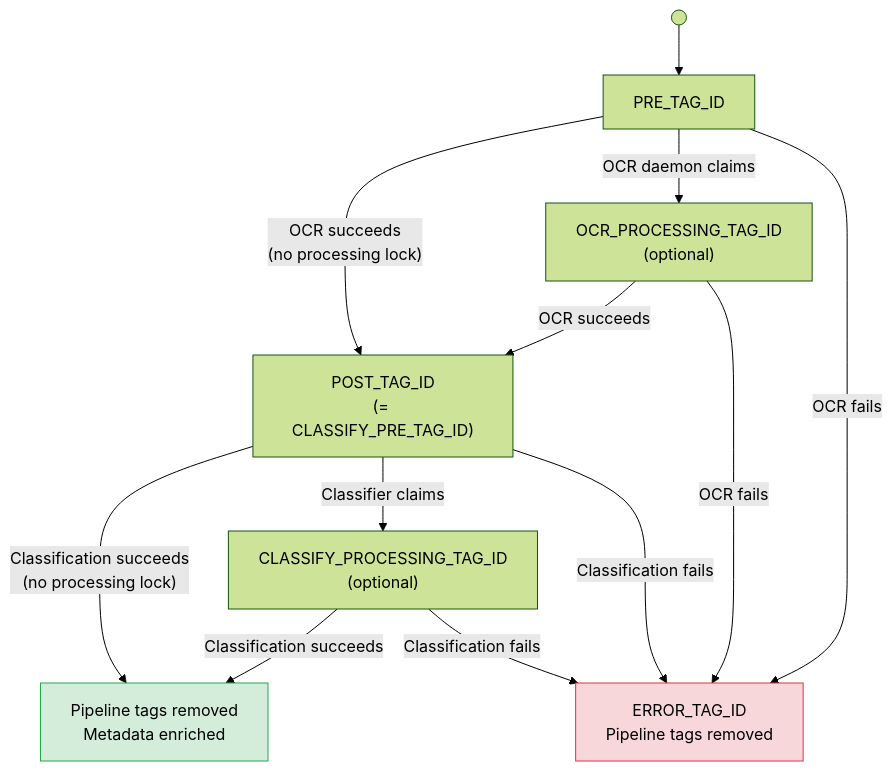
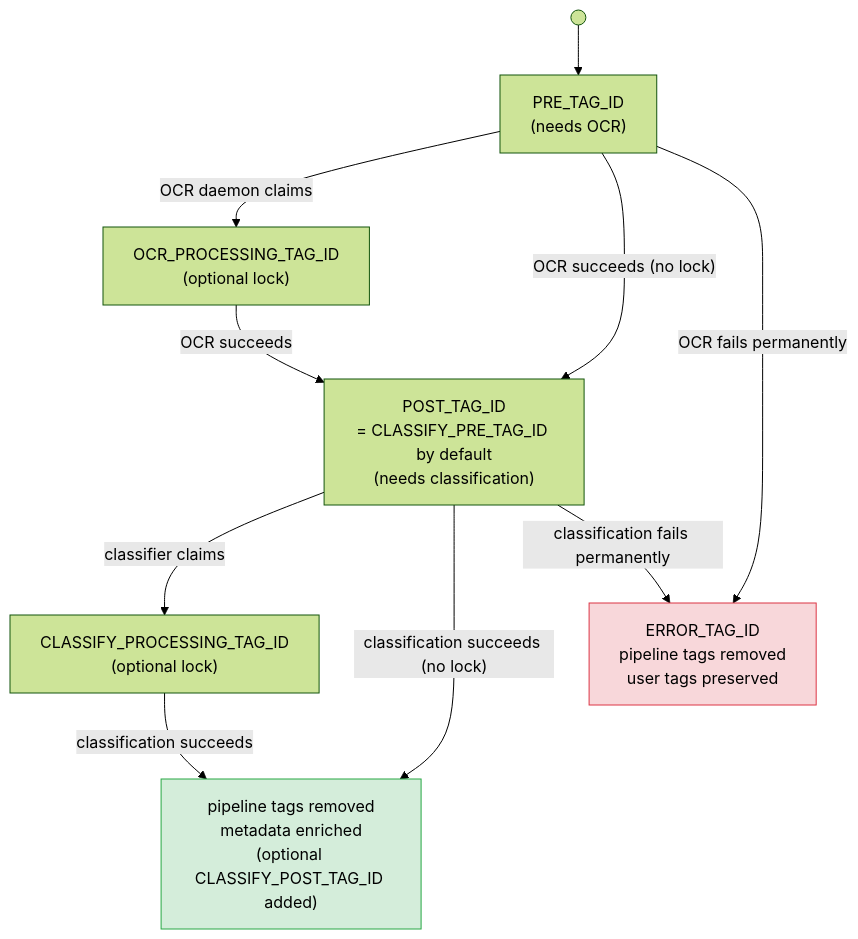
Before and after one commit to rossetv/paperless-ai: the sixth of 6 diagrams in docs/architecture.md, drawn with Mermaid (forest theme). The commit also changed other lines of this file and 12 other files, not shown here.

````diff
--- a/docs/architecture.md
+++ b/docs/architecture.md
@@ -161,18 +272,16 @@
 ```mermaid
 flowchart TD
-    START(( )) --> PRE_TAG
-    PRE_TAG["PRE_TAG_ID"] --> |"OCR daemon claims"| OCR_PROCESSING["OCR_PROCESSING_TAG_ID\n(optional)"]
-    OCR_PROCESSING --> |"OCR succeeds"| POST_TAG
-    PRE_TAG --> |"OCR succeeds\n(no processing lock)"| POST_TAG["POST_TAG_ID\n(= CLASSIFY_PRE_TAG_ID)"]
-    POST_TAG --> |"Classifier claims"| CLASSIFY_PROCESSING["CLASSIFY_PROCESSING_TAG_ID\n(optional)"]
-    CLASSIFY_PROCESSING --> |"Classification succeeds"| DONE["Pipeline tags removed\nMetadata enriched"]
-    POST_TAG --> |"Classification succeeds\n(no processing lock)"| DONE
+    START(( )) --> PRE
+    PRE["PRE_TAG_ID\n(needs OCR)"] -->|"OCR daemon claims"| OCR_LOCK["OCR_PROCESSING_TAG_ID\n(optional lock)"]
+    OCR_LOCK -->|"OCR succeeds"| POST
+    PRE -->|"OCR succeeds (no lock)"| POST["POST_TAG_ID\n= CLASSIFY_PRE_TAG_ID by default\n(needs classification)"]
+    POST -->|"classifier claims"| CLS_LOCK["CLASSIFY_PROCESSING_TAG_ID\n(optional lock)"]
+    CLS_LOCK -->|"classification succeeds"| DONE
+    POST -->|"classification succeeds (no lock)"| DONE["pipeline tags removed\nmetadata enriched\n(optional CLASSIFY_POST_TAG_ID added)"]
 
-    PRE_TAG --> |"OCR fails"| ERROR["ERROR_TAG_ID\nPipeline tags removed"]
-    OCR_PROCESSING --> |"OCR fails"| ERROR
-    POST_TAG --> |"Classification fails"| ERROR
-    CLASSIFY_PROCESSING --> |"Classification fails"| ERROR
+    PRE -->|"OCR fails permanently"| ERROR
+    POST -->|"classification fails permanently"| ERROR["ERROR_TAG_ID\npipeline tags removed\nuser tags preserved"]
 
     style DONE fill:#d4edda,stroke:#28a745
     style ERROR fill:#f8d7da,stroke:#dc3545
 ```
````
